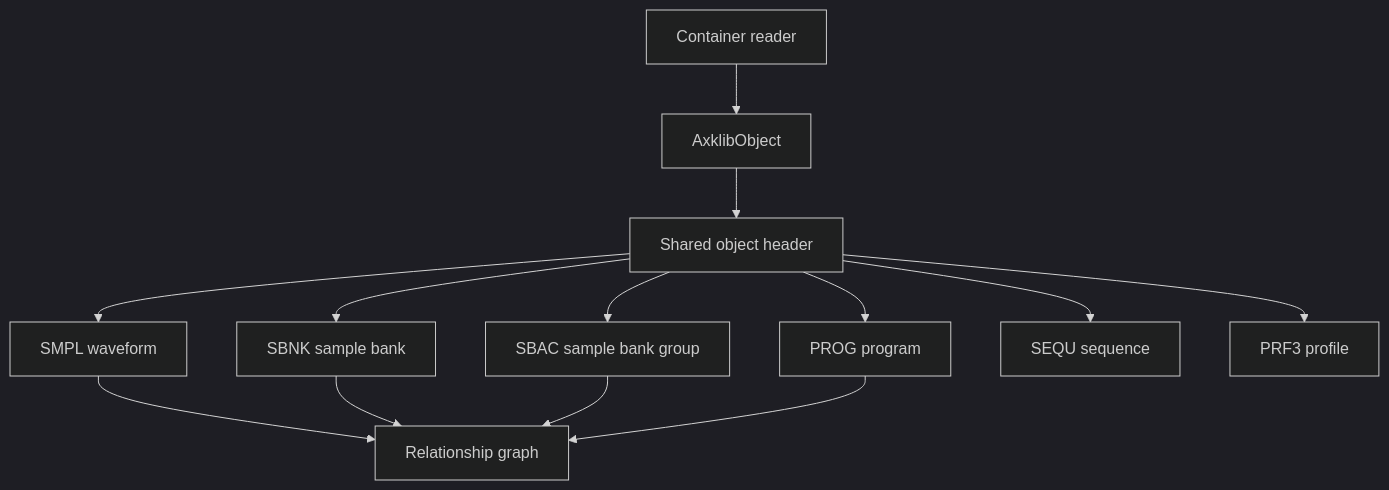
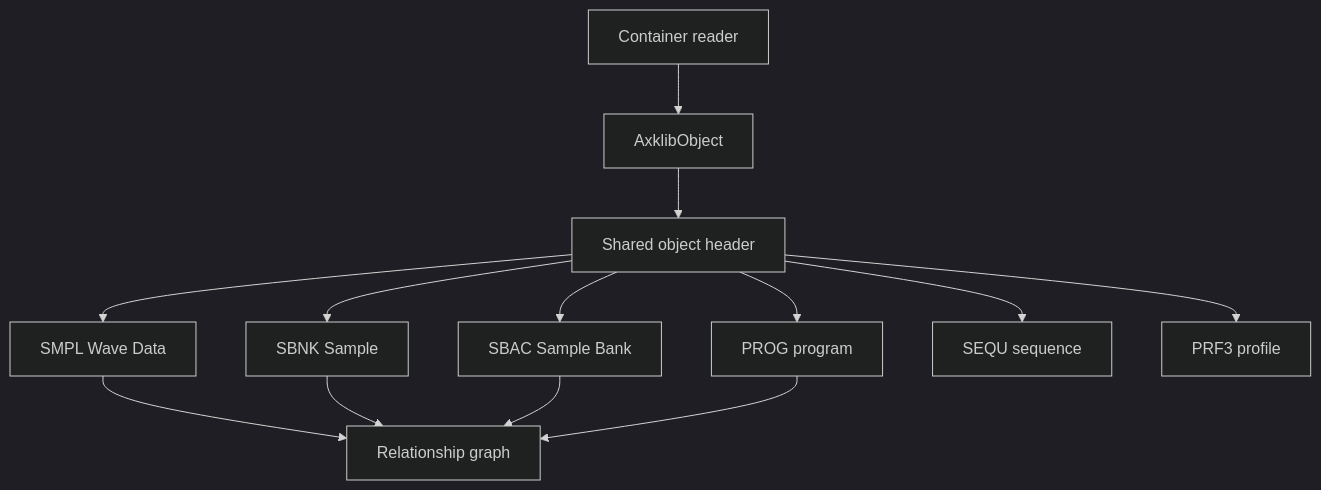
Before and after one commit to tphzz/axklib: the diagram in docs/axklib/sampler-data.md, drawn with Mermaid (dark theme). The commit also changed other lines of this file and 808 other files, not shown here.

````diff
--- a/docs/axklib/sampler-data.md
+++ b/docs/axklib/sampler-data.md
@@ -8,15 +9,15 @@
 ```mermaid
 flowchart TD
   container[Container reader] --> object[AxklibObject]
   object --> header[Shared object header]
-  header --> smpl[SMPL waveform]
-  header --> sbnk[SBNK sample bank]
-  header --> sbac[SBAC sample bank group]
+  header --> smpl[SMPL Wave Data]
+  header --> sbnk[SBNK Sample]
+  header --> sbac[SBAC Sample Bank]
   header --> prog[PROG program]
   header --> sequ[SEQU sequence]
   header --> prf3[PRF3 profile]
   smpl --> rel[Relationship graph]
   sbnk --> rel
   sbac --> rel
   prog --> rel
 ```
````
